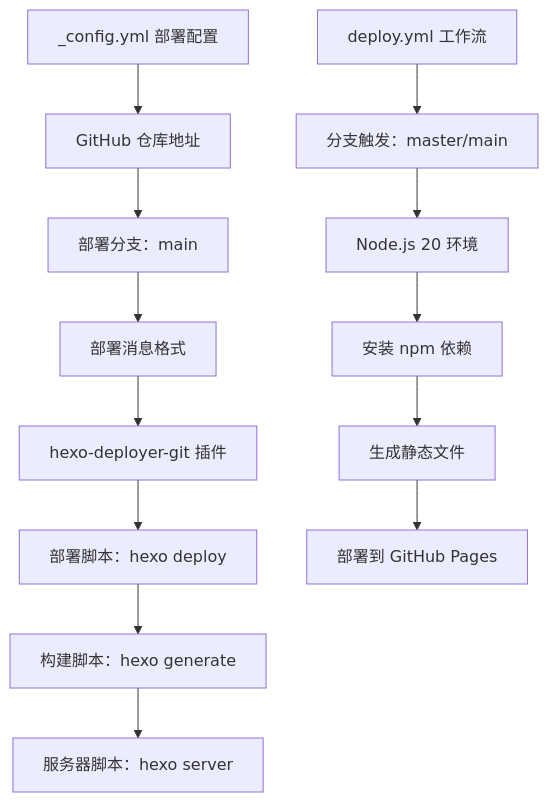
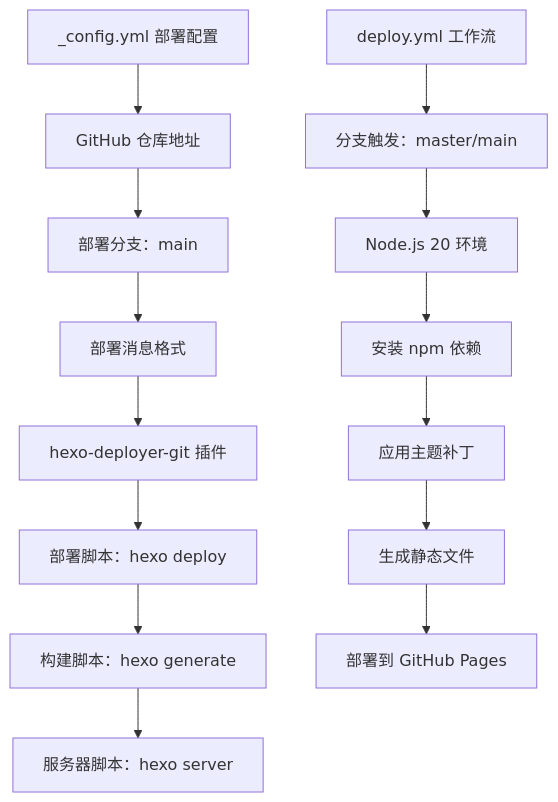
Before and after one commit to CoolPig0720/CoolPig0720.github.io: the fourth of 7 diagrams in .qoder/repowiki/zh/content/部署和维护/CI_CD 工作流程.md, drawn with Mermaid. The commit also changed other lines of this file and 13 other files, not shown here.

````diff
--- a/.qoder/repowiki/zh/content/部署和维护/CI_CD 工作流程.md
+++ b/.qoder/repowiki/zh/content/部署和维护/CI_CD 工作流程.md
@@ -163,15 +186,16 @@
 ```mermaid
 flowchart TD
 Config["_config.yml 部署配置"] --> Repo["GitHub 仓库地址"]
 Repo --> Branch["部署分支：main"]
 Branch --> Message["部署消息格式"]
 Message --> Plugin["hexo-deployer-git 插件"]
 Plugin --> Script["部署脚本：hexo deploy"]
 Script --> Build["构建脚本：hexo generate"]
 Build --> Server["服务器脚本：hexo server"]
 Workflow["deploy.yml 工作流"] --> Trigger["分支触发：master/main"]
 Trigger --> NodeSetup["Node.js 20 环境"]
 NodeSetup --> InstallDeps["安装 npm 依赖"]
-InstallDeps --> Generate["生成静态文件"]
+InstallDeps --> ApplyPatches["应用主题补丁"]
+ApplyPatches --> Generate["生成静态文件"]
 Generate --> DeployPages["部署到 GitHub Pages"]
 ```
````
